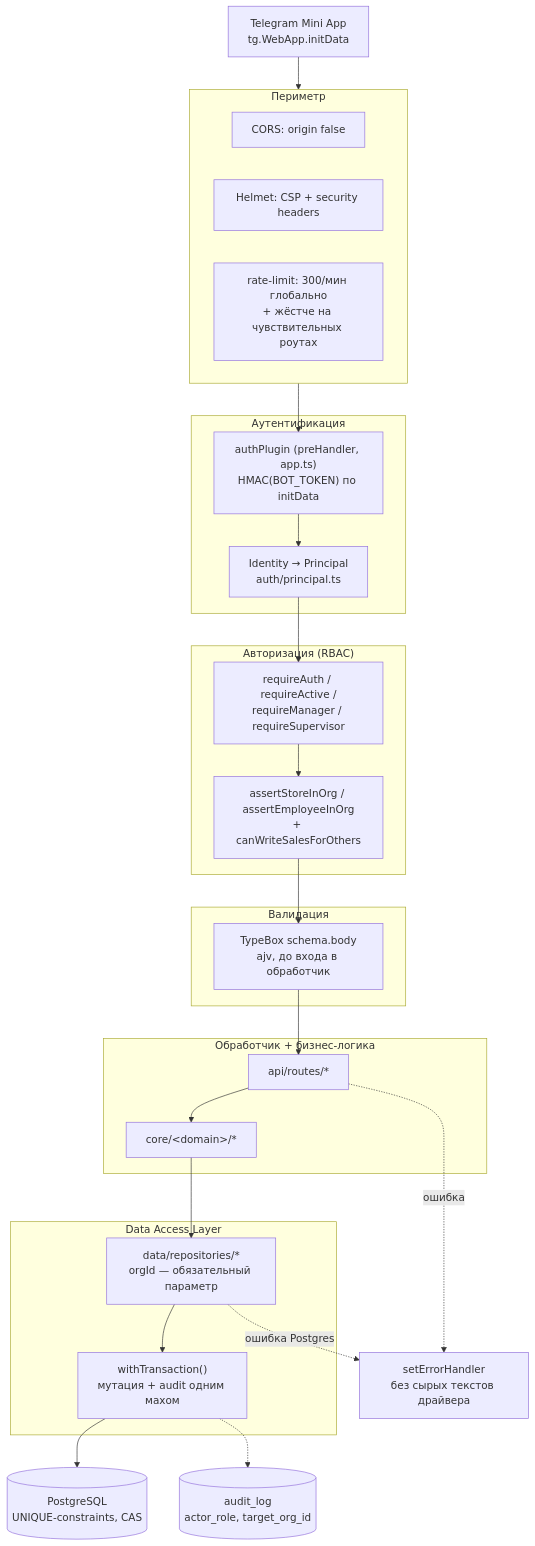
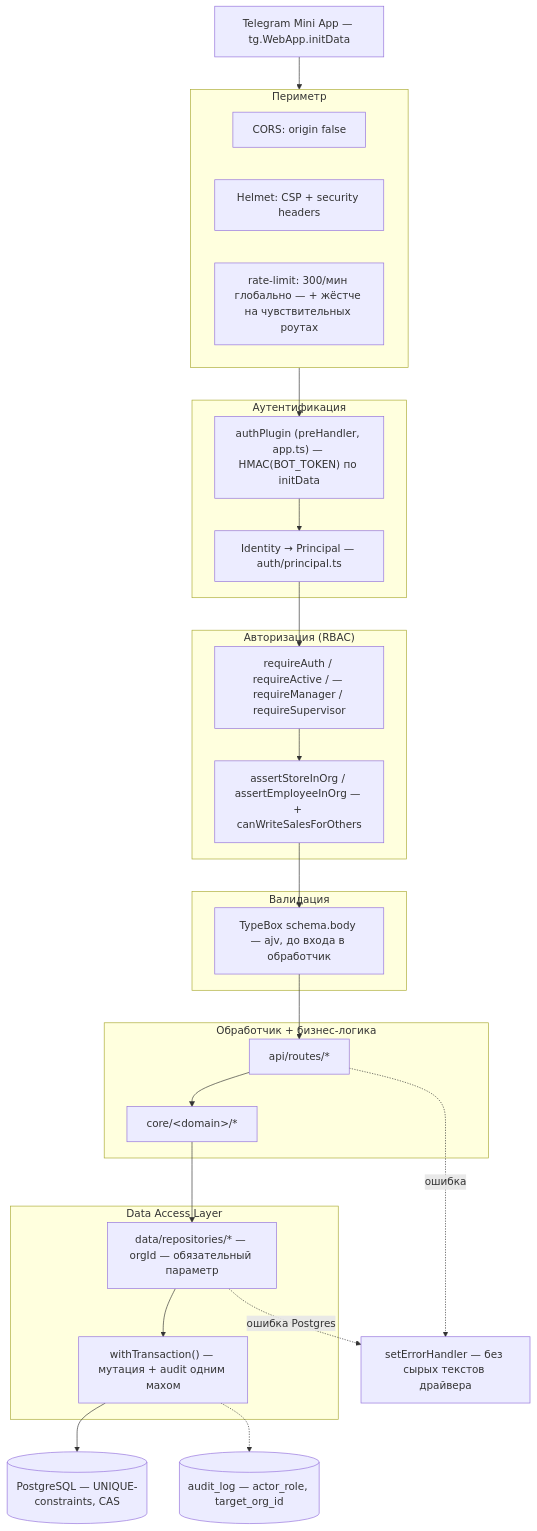
One commit to JustT1MExGOD/tele2-app changed the diagram in docs/SECURITY.md. Above: the diagram before and after it, drawn with Mermaid. The commit also changed other lines of this file and 54 other files, not shown here.

````diff
--- a/docs/SECURITY.md
+++ b/docs/SECURITY.md
@@ -61,43 +79,43 @@
 ```mermaid
 flowchart TB
-    TG["Telegram Mini App<br/>tg.WebApp.initData"]
+    TG["Telegram Mini App — tg.WebApp.initData"]
 
     subgraph PERIM["Периметр"]
         CORS["CORS: origin false"]
         HELMET["Helmet: CSP + security headers"]
-        RATE["rate-limit: 300/мин глобально<br/>+ жёстче на чувствительных роутах"]
+        RATE["rate-limit: 300/мин глобально — + жёстче на чувствительных роутах"]
     end
 
     subgraph AUTHN["Аутентификация"]
-        VERIFY["authPlugin (preHandler, app.ts)<br/>HMAC(BOT_TOKEN) по initData"]
-        PRINC["Identity → Principal<br/>auth/principal.ts"]
+        VERIFY["authPlugin (preHandler, app.ts) — HMAC(BOT_TOKEN) по initData"]
+        PRINC["Identity → Principal — auth/principal.ts"]
     end
 
     subgraph AUTHZ["Авторизация (RBAC)"]
-        ROLE["requireAuth / requireActive /<br/>requireManager / requireSupervisor"]
-        ORG["assertStoreInOrg / assertEmployeeInOrg<br/>+ canWriteSalesForOthers"]
+        ROLE["requireAuth / requireActive / — requireManager / requireSupervisor"]
+        ORG["assertStoreInOrg / assertEmployeeInOrg — + canWriteSalesForOthers"]
     end
 
     subgraph VALID["Валидация"]
-        SCHEMA["TypeBox schema.body<br/>ajv, до входа в обработчик"]
+        SCHEMA["TypeBox schema.body — ajv, до входа в обработчик"]
     end
 
     subgraph HANDLE["Обработчик + бизнес-логика"]
         ROUTE["api/routes/*"]
         CORE["core/&lt;domain&gt;/*"]
     end
 
     subgraph DAL["Data Access Layer"]
-        REPO["data/repositories/*<br/>orgId — обязательный параметр"]
-        TX["withTransaction()<br/>мутация + audit одним махом"]
+        REPO["data/repositories/* — orgId — обязательный параметр"]
+        TX["withTransaction() — мутация + audit одним махом"]
     end
 
-    PG[("PostgreSQL<br/>UNIQUE-constraints, CAS")]
-    AUDIT[("audit_log<br/>actor_role, target_org_id")]
-    ERR["setErrorHandler<br/>без сырых текстов драйвера"]
+    PG[("PostgreSQL — UNIQUE-constraints, CAS")]
+    AUDIT[("audit_log — actor_role, target_org_id")]
+    ERR["setErrorHandler — без сырых текстов драйвера"]
 
     TG --> PERIM --> VERIFY --> PRINC --> ROLE --> ORG --> SCHEMA --> ROUTE --> CORE --> REPO --> TX --> PG
     TX -.-> AUDIT
     ROUTE -.->|ошибка| ERR
     REPO -.->|ошибка Postgres| ERR
 ```
````
